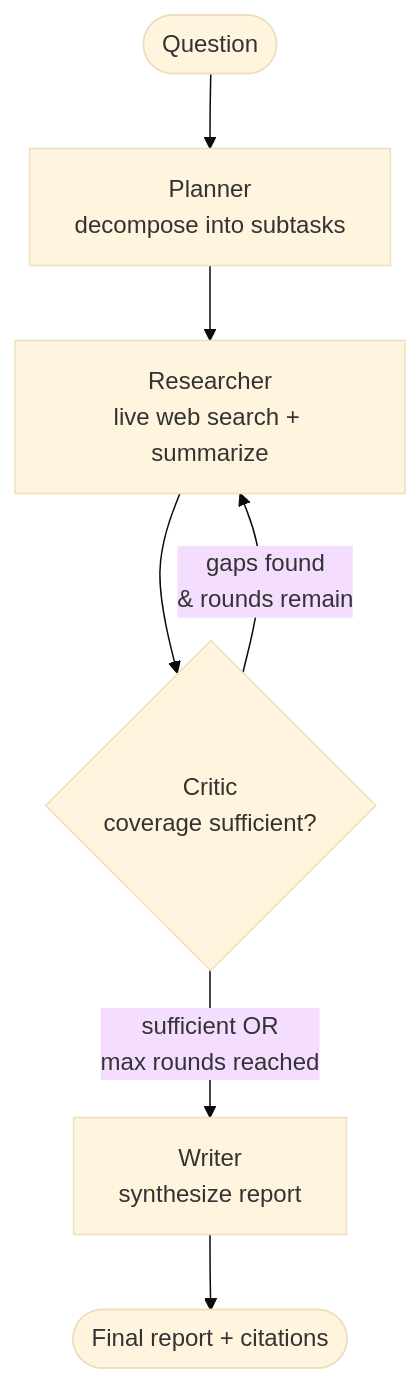
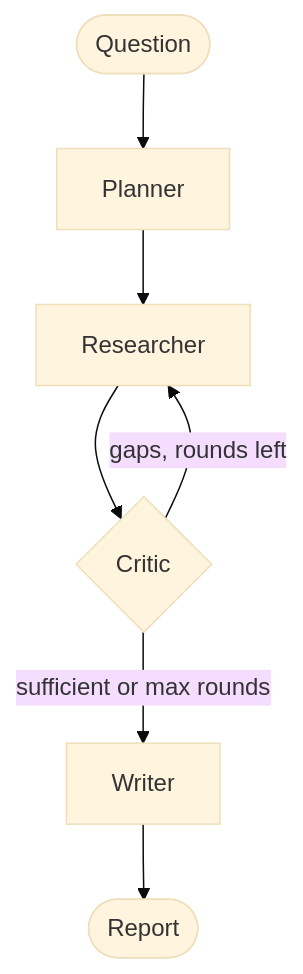
Before and after one commit to akruthigoud/conclave: the diagram in README.md, drawn with Mermaid (base theme). The commit also changed other lines of this file and 13 other files, not shown here.

````diff
--- a/README.md
+++ b/README.md
@@ -17,9 +18,9 @@
 ```mermaid
 flowchart TD
-    Start([Question]) --> Plan[Planner<br/>decompose into subtasks]
-    Plan --> Research[Researcher<br/>live web search + summarize]
-    Research --> Critique{Critic<br/>coverage sufficient?}
-    Critique -->|gaps found<br/>& rounds remain| Research
-    Critique -->|sufficient OR<br/>max rounds reached| Write[Writer<br/>synthesize report]
-    Write --> End([Final report + citations])
+    Q([Question]) --> P[Planner]
+    P --> R[Researcher]
+    R --> C{Critic}
+    C -->|gaps, rounds left| R
+    C -->|sufficient or max rounds| W[Writer]
+    W --> E([Report])
 ```
````
